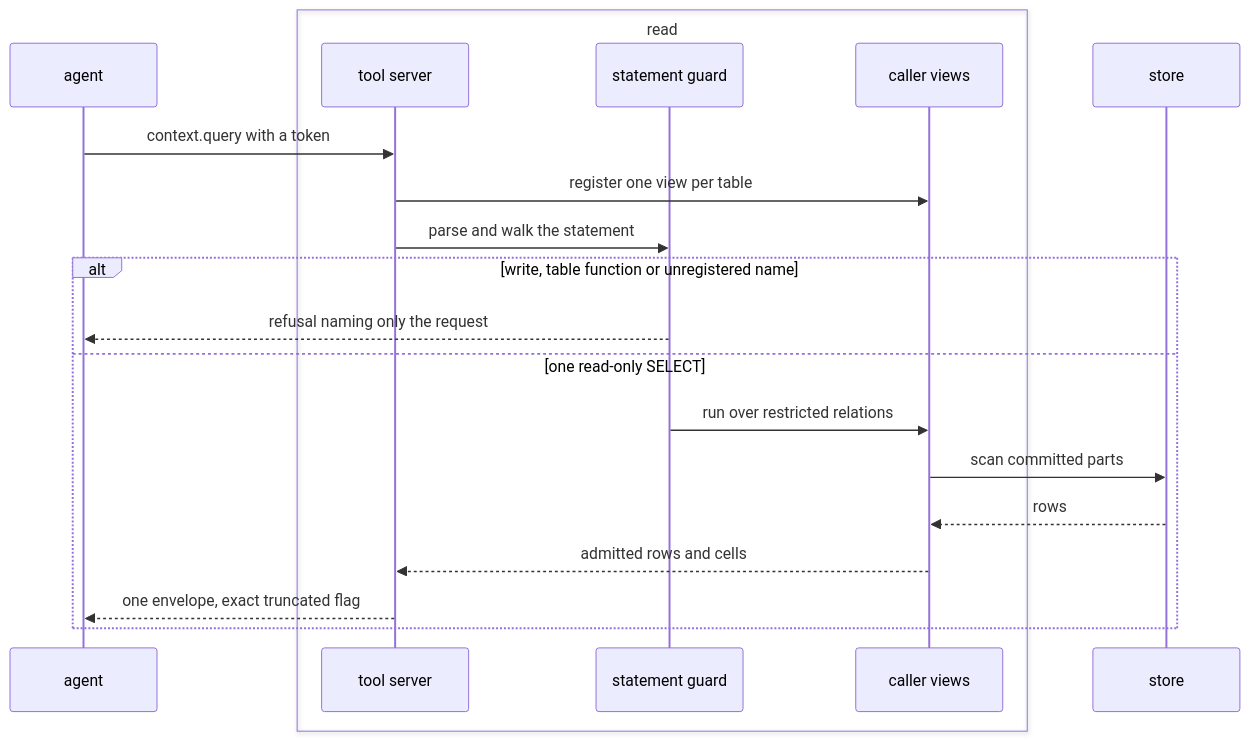
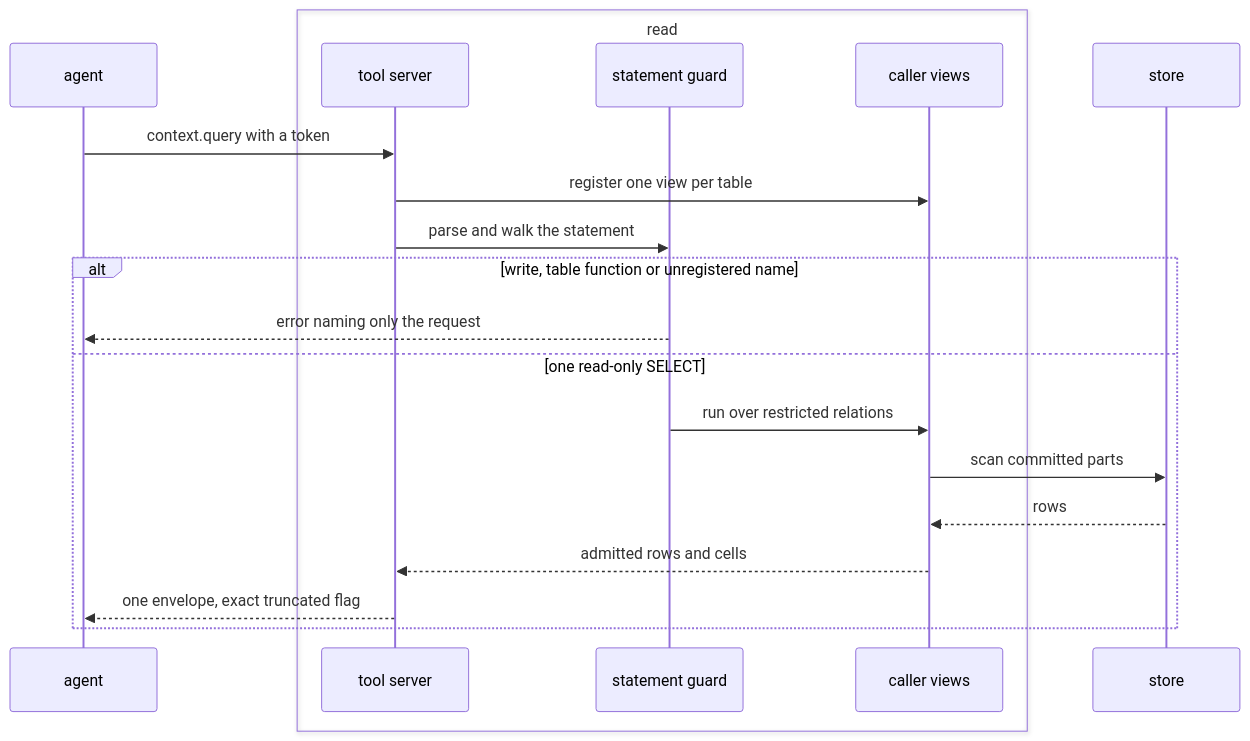
One commit to fractalboxdev/contextful changed the first of 4 diagrams in spec/guide/read.md. Above: the diagram before and after it, drawn with Mermaid. The commit also changed other lines of this file and 33 other files, not shown here.

````diff
--- a/spec/guide/read.md
+++ b/spec/guide/read.md
@@ -17,22 +17,22 @@
 ```mermaid
 sequenceDiagram
   participant A as agent
   box read
     participant T as tool server
     participant G as statement guard
     participant V as caller views
   end
   participant S as store
   A->>T: context.query with a token
   T->>V: register one view per table
   T->>G: parse and walk the statement
   alt write, table function or unregistered name
-    G-->>A: refusal naming only the request
+    G-->>A: error naming only the request
   else one read-only SELECT
     G->>V: run over restricted relations
     V->>S: scan committed parts
     S-->>V: rows
     V-->>T: admitted rows and cells
     T-->>A: one envelope, exact truncated flag
   end
 ```
````
